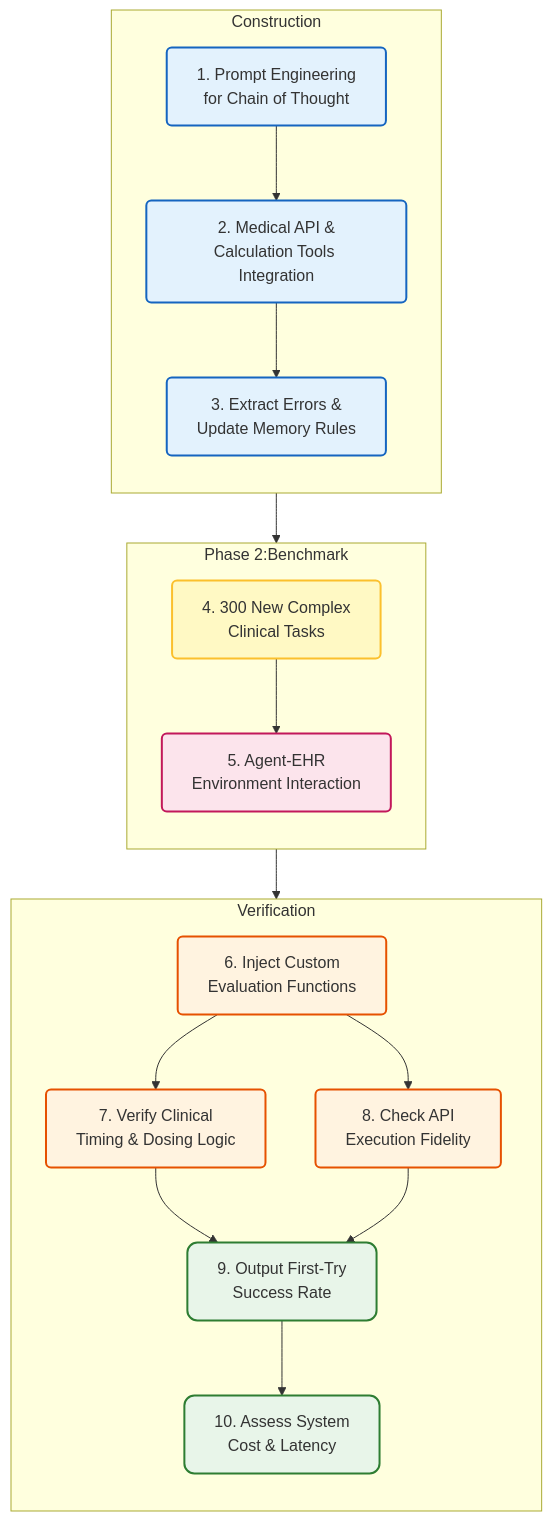
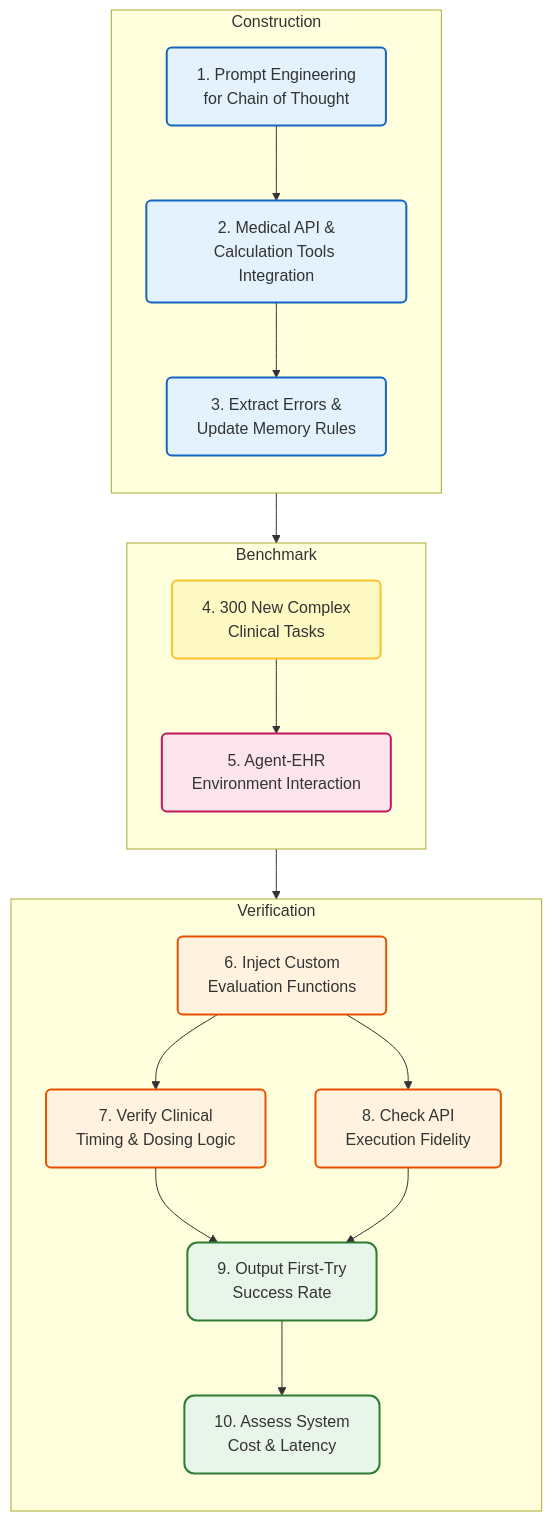
One commit to hhtrocket/HHT-Benchmark-dataset changed the second of 6 diagrams in Literature Review/brief report 3.md. Above: the diagram before and after it, drawn with Mermaid.

Commit message:
Update brief report 3.md

````diff
--- a/Literature Review/brief report 3.md
+++ b/Literature Review/brief report 3.md
@@ -74,46 +74,46 @@
 ```mermaid
 graph TD
     classDef phase1 fill:#e3f2fd,stroke:#1565c0,stroke-width:2px,rx:5,ry:5;
     classDef phase2 fill:#fce4ec,stroke:#c2185b,stroke-width:2px,rx:5,ry:5;
     classDef phase3 fill:#fff3e0,stroke:#e65100,stroke-width:2px,rx:5,ry:5;
     classDef input fill:#fff9c4,stroke:#fbc02d,stroke-width:2px,rx:5,ry:5;
     classDef report fill:#e8f5e9,stroke:#2e7d32,stroke-width:2px,rx:10,ry:10;
 
     subgraph Construction 
 
         direction TB
         N1["1. Prompt Engineering<br/>for Chain of Thought"]:::phase1
         N2["2. Medical API &<br/>Calculation Tools Integration"]:::phase1
         N3["3. Extract Errors &<br/>Update Memory Rules"]:::phase1
         
         N1 --> N2
         N2 --> N3
     end
 
-    subgraph P2 [ Phase 2:Benchmark]
+    subgraph Benchmark
 
         direction TB
         N4["4. 300 New Complex<br/>Clinical Tasks"]:::input
         N5["5. Agent-EHR<br/>Environment Interaction"]:::phase2
         
         N4 --> N5
     end
 
     subgraph Verification
 
         direction TB
         N6["6. Inject Custom<br/>Evaluation Functions"]:::phase3
         N7["7. Verify Clinical<br/>Timing & Dosing Logic"]:::phase3
         N8["8. Check API<br/>Execution Fidelity"]:::phase3
         N9["9. Output First-Try<br/>Success Rate"]:::report
         N10["10. Assess System<br/>Cost & Latency"]:::report
         
         N6 --> N7
         N6 --> N8
         N7 & N8 --> N9
         N9 --> N10
     end
 
     N3 --> N5
     N5 --> N6
 ```
````
